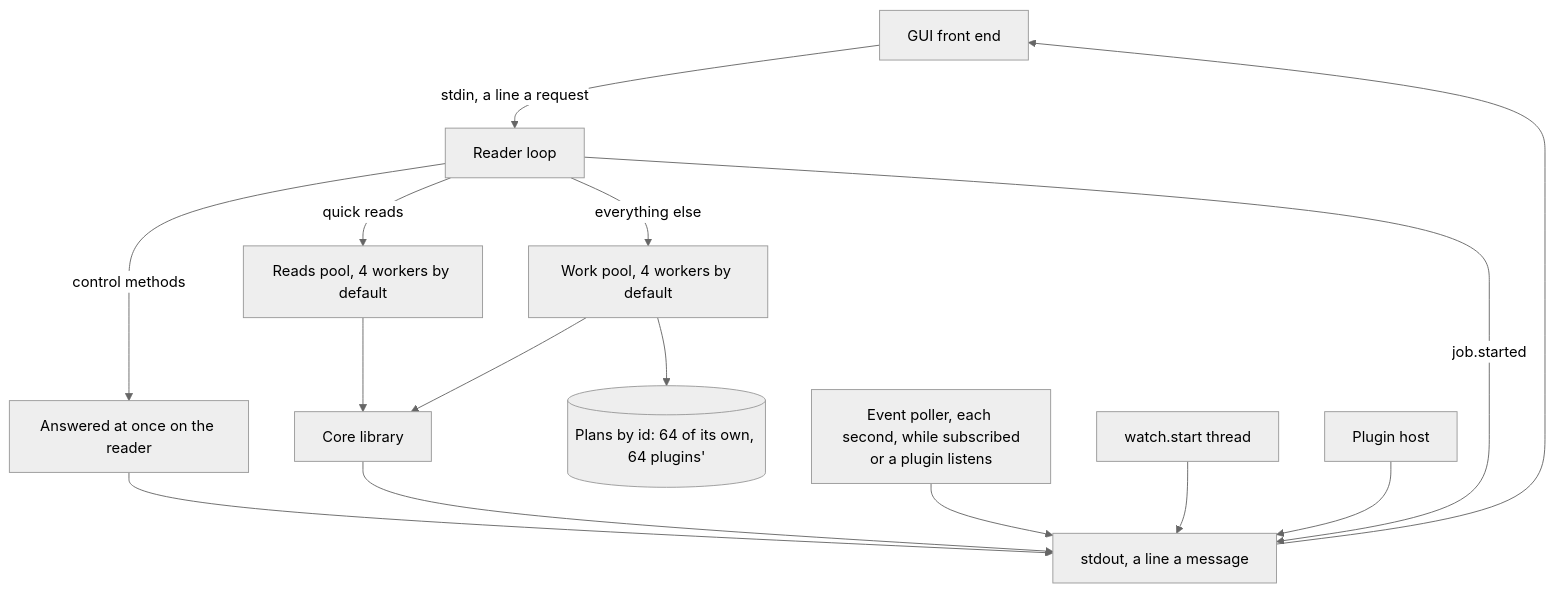
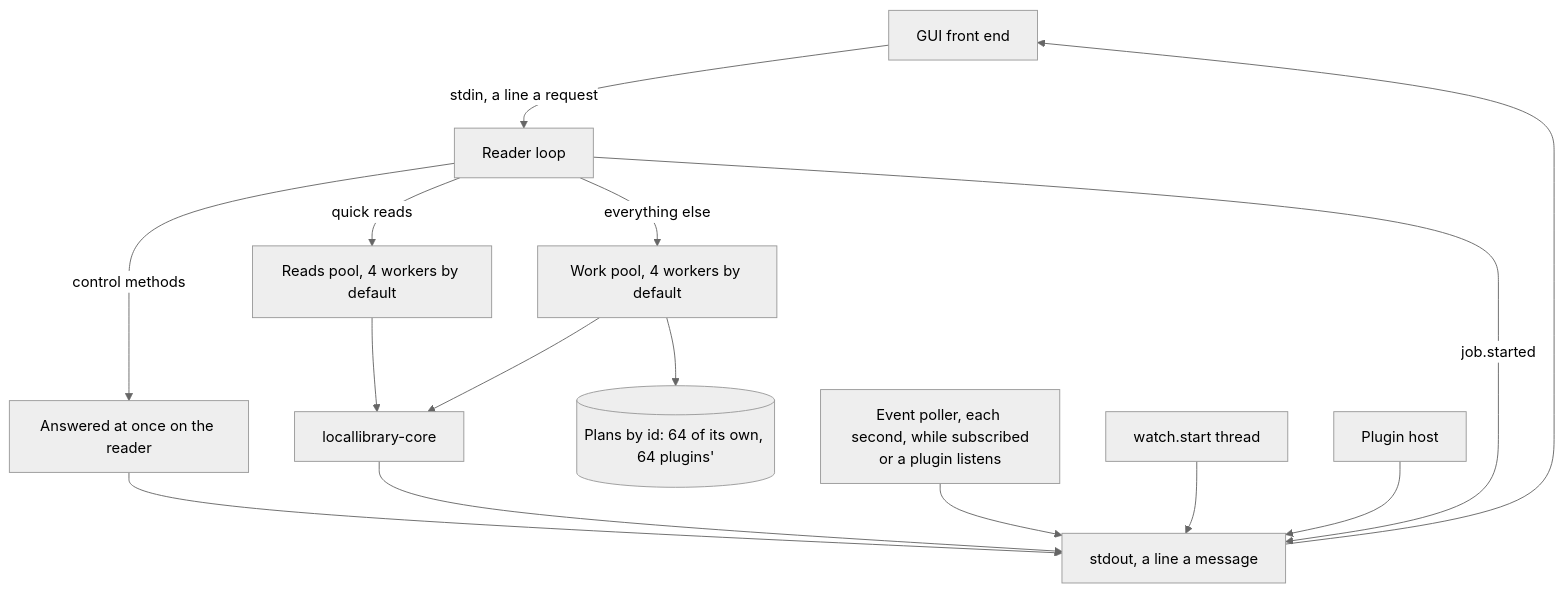
One commit to cutenode/localnetwork changed the first of 10 diagrams in apps/locallibrary/docs/diagrams/sidecar.md. Above: the diagram before and after it, drawn with Mermaid (neutral theme). The commit also changed 32 other files, not shown here.

````diff
--- a/apps/locallibrary/docs/diagrams/sidecar.md
+++ b/apps/locallibrary/docs/diagrams/sidecar.md
@@ -20,17 +20,17 @@
 ```mermaid
 flowchart TD
     parent["GUI front end"] -->|"stdin, a line a request"| reader["Reader loop"]
     reader -->|"control methods"| control["Answered at once on the reader"]
     reader -->|"quick reads"| reads["Reads pool, 4 workers by default"]
     reader -->|"everything else"| work["Work pool, 4 workers by default"]
     control --> out["stdout, a line a message"]
     reader -->|"job.started"| out
-    reads --> api["Core library"]
+    reads --> api["locallibrary-core"]
     work --> api
     work --> plans[("Plans by id: 64 of its own, 64 plugins'")]
     api --> out
     events["Event poller, each second, while subscribed<br/>or a plugin listens"] --> out
     watch["watch.start thread"] --> out
     plugins["Plugin host"] --> out
     out --> parent
 ```
````
